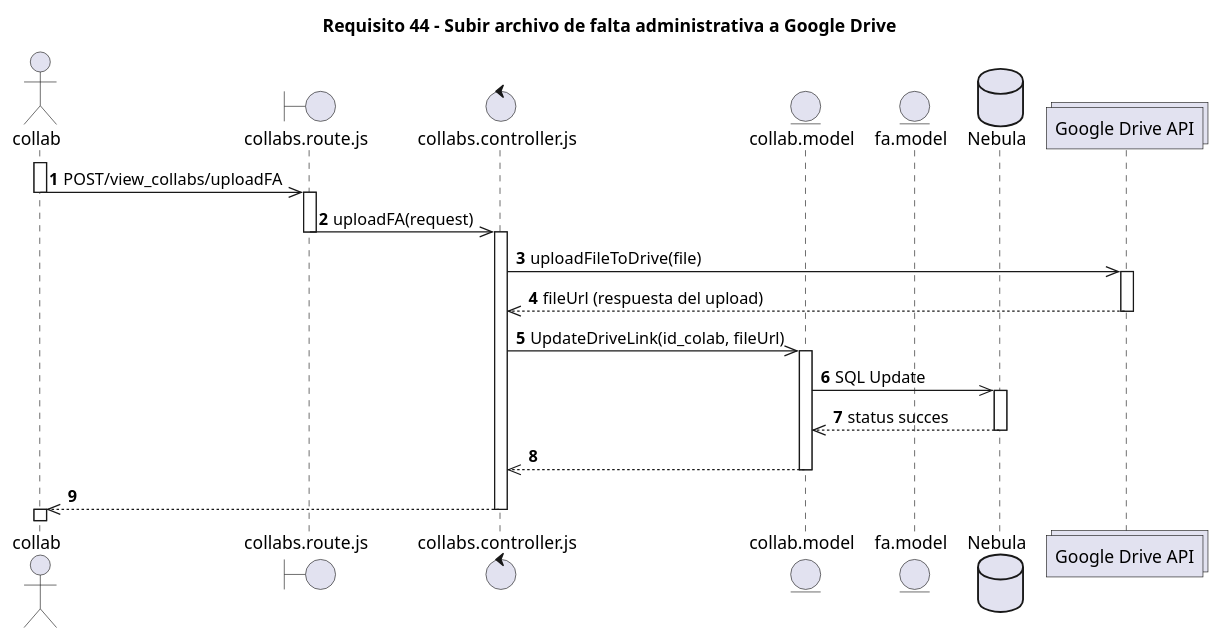
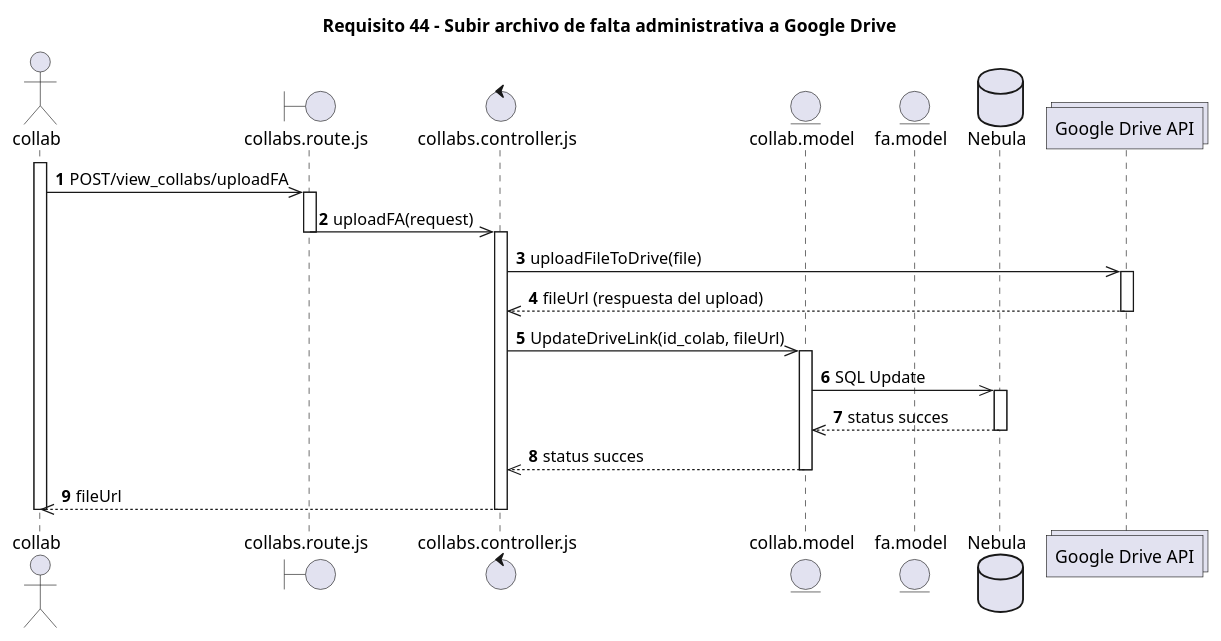
Before and after one commit to SALV19/Nebula_tc2005b: the diagram in diagramas_secuencia/req_44_SuperAdmin_uploads_file_due_to_employee_administrative_offense.puml, drawn with PlantUML. The commit also changed 3 other files, not shown here.

```diff
--- a/diagramas_secuencia/req_44_SuperAdmin_uploads_file_due_to_employee_administrative_offense.puml
+++ b/diagramas_secuencia/req_44_SuperAdmin_uploads_file_due_to_employee_administrative_offense.puml
@@ -1,44 +1,44 @@
 @startuml Req_44 
 title Requisito 44 - Subir archivo de falta administrativa a Google Drive
 autonumber
 
 actor collab
 boundary collabs.route.js as collabRoute
 control collabs.controller.js as collabsController
 entity collab.model as collabModel
 entity fa.model as faModel
 database Nebula as nebula
 collections "Google Drive API" as Google
 
 activate collab 
 collab ->> collabRoute : POST/view_collabs/uploadFA
-deactivate collab
+
 
 activate collabRoute 
 collabRoute ->> collabsController : uploadFA(request)
 deactivate collabRoute
 
 activate collabsController
 collabsController ->> Google : uploadFileToDrive(file)
 
 activate Google
 Google -->> collabsController : fileUrl (respuesta del upload)
 
 deactivate Google
 
 collabsController ->> collabModel : UpdateDriveLink(id_colab, fileUrl)
 
 activate collabModel 
 collabModel ->> nebula : SQL Update 
 
 activate nebula 
 nebula -->> collabModel :status succes
 deactivate nebula
 
-collabModel -->> collabsController
+collabModel -->> collabsController: status succes
 deactivate collabModel
 
-collabsController -->> collab 
+collabsController -->> collab : fileUrl
 deactivate collabsController 
-activate collab
+deactivate collab
 @enduml   
```
